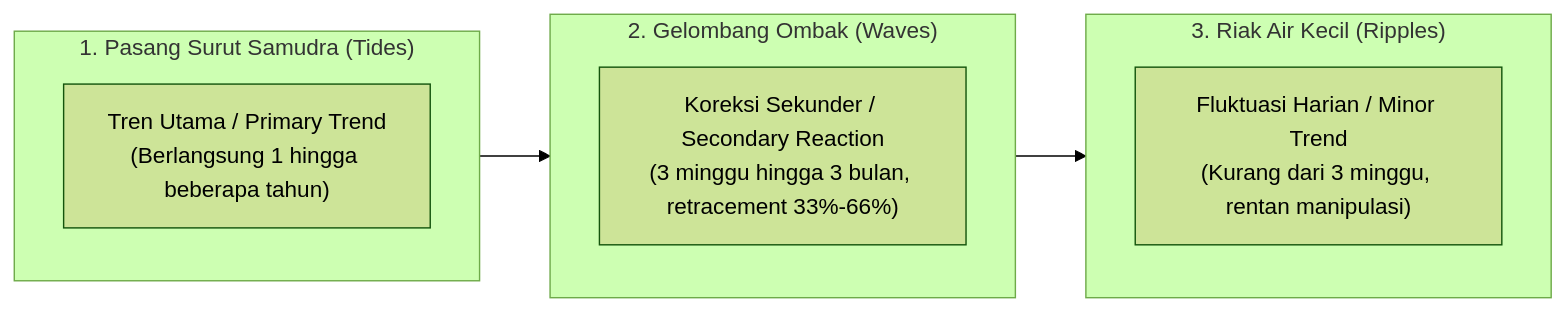
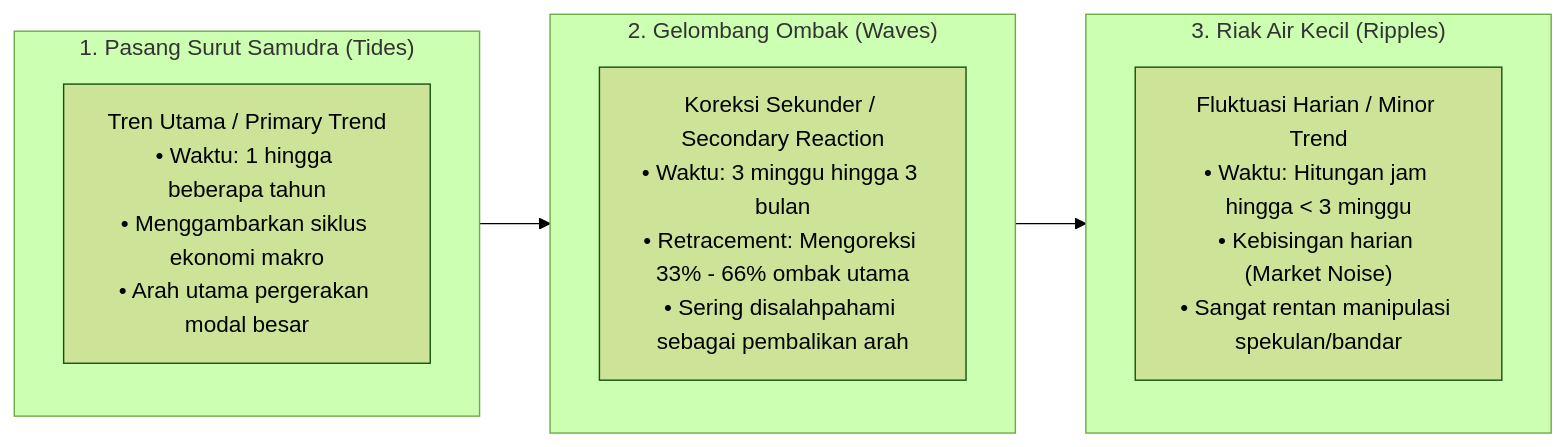
Before and after one commit to AlulCode45/Trading-Learning-Path: the second of 5 diagrams in docs/edianto-ong/17-konfrontasi-dow-theory.md, drawn with Mermaid (forest theme). The commit also changed other lines of this file and 29 other files, not shown here.

Commit message:
docs(edianto-ong): upgrade all 29 chapters with beginner analogies, diagrams, step-by-step guides, and case studies

````diff
--- a/docs/edianto-ong/17-konfrontasi-dow-theory.md
+++ b/docs/edianto-ong/17-konfrontasi-dow-theory.md
@@ -33,14 +35,14 @@
 ```mermaid
 flowchart LR
     subgraph Tides["1. Pasang Surut Samudra (Tides)"]
-        Primary["Tren Utama / Primary Trend<br/>(Berlangsung 1 hingga beberapa tahun)"]
+        Primary["Tren Utama / Primary Trend<br/>• Waktu: 1 hingga beberapa tahun<br/>• Menggambarkan siklus ekonomi makro<br/>• Arah utama pergerakan modal besar"]
     end
     subgraph Waves["2. Gelombang Ombak (Waves)"]
-        Secondary["Koreksi Sekunder / Secondary Reaction<br/>(3 minggu hingga 3 bulan, retracement 33%-66%)"]
+        Secondary["Koreksi Sekunder / Secondary Reaction<br/>• Waktu: 3 minggu hingga 3 bulan<br/>• Retracement: Mengoreksi 33% - 66% ombak utama<br/>• Sering disalahpahami sebagai pembalikan arah"]
     end
     subgraph Ripples["3. Riak Air Kecil (Ripples)"]
-        Minor["Fluktuasi Harian / Minor Trend<br/>(Kurang dari 3 minggu, rentan manipulasi)"]
+        Minor["Fluktuasi Harian / Minor Trend<br/>• Waktu: Hitungan jam hingga < 3 minggu<br/>• Kebisingan harian (Market Noise)<br/>• Sangat rentan manipulasi spekulan/bandar"]
     end
 
     Tides --> Waves --> Ripples
 ```
````
